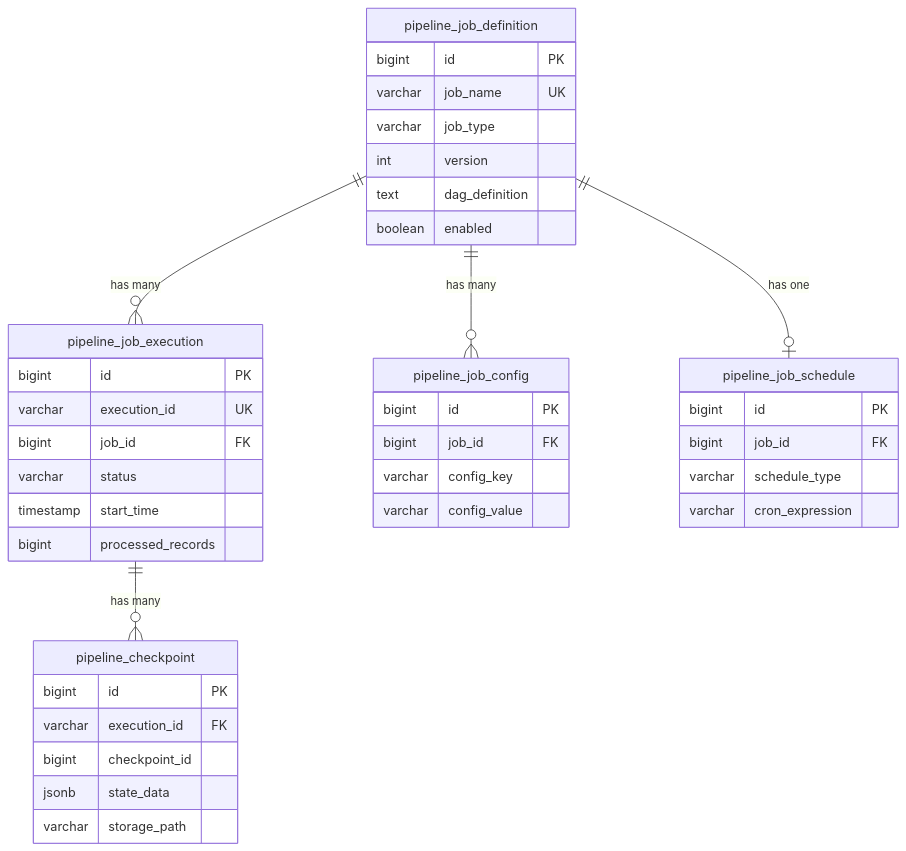
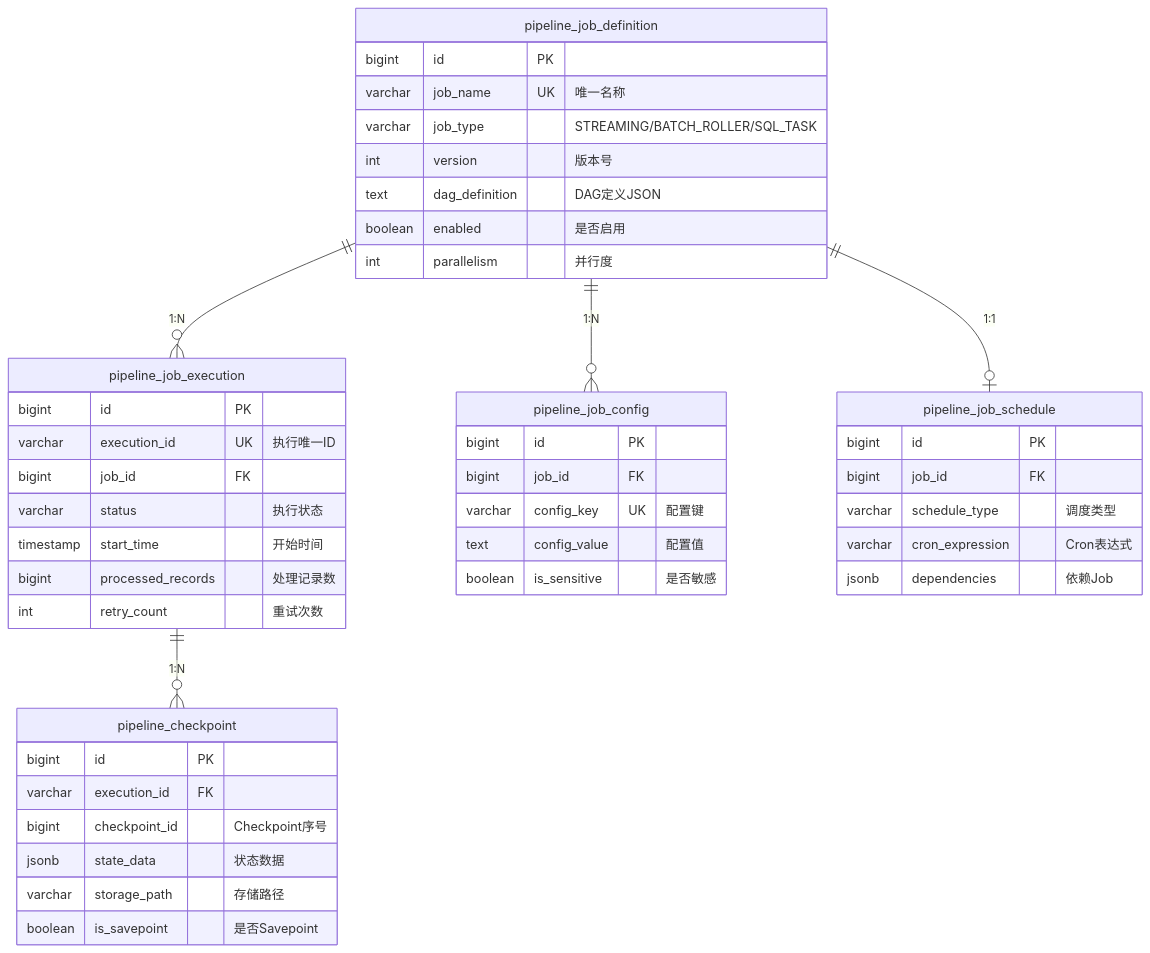
Before and after one commit to 312268112/advanced-java: diagram 12 of 12 in pipeline-framework-design.md, drawn with Mermaid. The commit also changed other lines of this file, not shown here.

````diff
--- a/pipeline-framework-design.md
+++ b/pipeline-framework-design.md
@@ -1485,47 +1099,52 @@
 ```mermaid
 erDiagram
-    pipeline_job_definition ||--o{ pipeline_job_execution : "has many"
-    pipeline_job_definition ||--o{ pipeline_job_config : "has many"
-    pipeline_job_definition ||--o| pipeline_job_schedule : "has one"
-    pipeline_job_execution ||--o{ pipeline_checkpoint : "has many"
+    pipeline_job_definition ||--o{ pipeline_job_execution : "1:N"
+    pipeline_job_definition ||--o{ pipeline_job_config : "1:N"
+    pipeline_job_definition ||--o| pipeline_job_schedule : "1:1"
+    pipeline_job_execution ||--o{ pipeline_checkpoint : "1:N"
     
     pipeline_job_definition {
         bigint id PK
-        varchar job_name UK
-        varchar job_type
-        int version
-        text dag_definition
-        boolean enabled
+        varchar job_name UK "唯一名称"
+        varchar job_type "STREAMING/BATCH_ROLLER/SQL_TASK"
+        int version "版本号"
+        text dag_definition "DAG定义JSON"
+        boolean enabled "是否启用"
+        int parallelism "并行度"
     }
     
     pipeline_job_execution {
         bigint id PK
-        varchar execution_id UK
+        varchar execution_id UK "执行唯一ID"
         bigint job_id FK
-        varchar status
-        timestamp start_time
-        bigint processed_records
+        varchar status "执行状态"
+        timestamp start_time "开始时间"
+        bigint processed_records "处理记录数"
+        int retry_count "重试次数"
     }
     
     pipeline_checkpoint {
         bigint id PK
         varchar execution_id FK
-        bigint checkpoint_id
-        jsonb state_data
-        varchar storage_path
+        bigint checkpoint_id "Checkpoint序号"
+        jsonb state_data "状态数据"
+        varchar storage_path "存储路径"
+        boolean is_savepoint "是否Savepoint"
     }
     
     pipeline_job_config {
         bigint id PK
         bigint job_id FK
-        varchar config_key
-        varchar config_value
+        varchar config_key UK "配置键"
+        text config_value "配置值"
+        boolean is_sensitive "是否敏感"
     }
     
     pipeline_job_schedule {
         bigint id PK
         bigint job_id FK
-        varchar schedule_type
-        varchar cron_expression
+        varchar schedule_type "调度类型"
+        varchar cron_expression "Cron表达式"
+        jsonb dependencies "依赖Job"
     }
 ```
````
